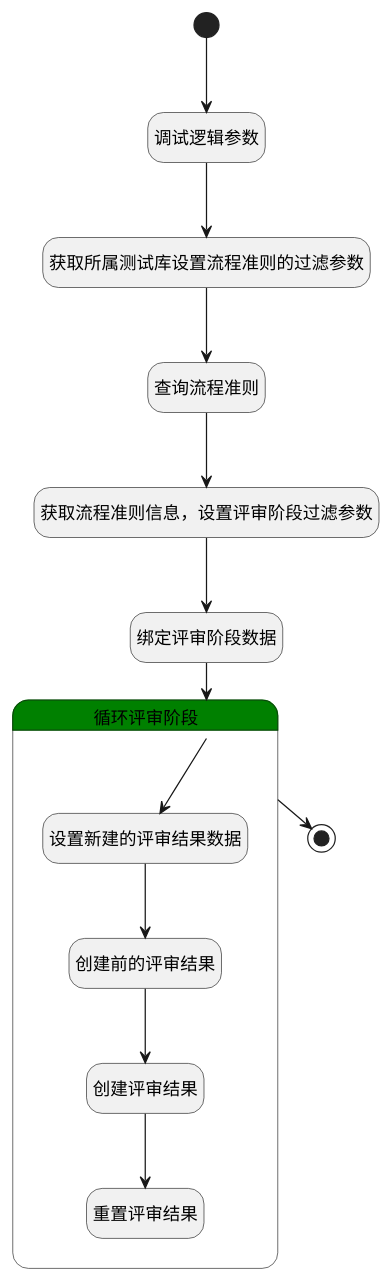
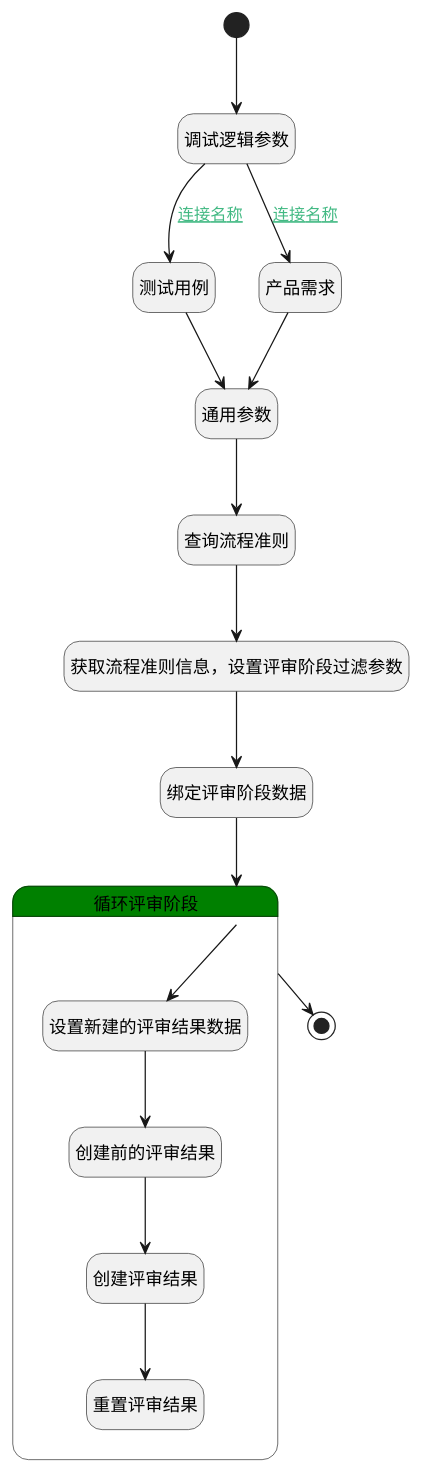
Before and after one commit to iBizLab/plm: the diagram in doc/docsify/module/TestMgmt/review_content/logic/generate_review_results.md, drawn with PlantUML. The commit also changed other lines of this file and 799 other files, not shown here.

````diff
--- a/doc/docsify/module/TestMgmt/review_content/logic/generate_review_results.md
+++ b/doc/docsify/module/TestMgmt/review_content/logic/generate_review_results.md
@@ -7,40 +7,45 @@
 ```plantuml
 @startuml
 hide empty description
 <style>
 root {
   HyperlinkColor #42b983
 }
 </style>
 
 hide empty description
 state "开始" as Begin <<start>> [[$./generate_review_results#begin {"开始"}]]
+state "测试用例" as PREPAREPARAM6  [[$./generate_review_results#prepareparam6 {"测试用例"}]]
 state "结束" as END1 <<end>> [[$./generate_review_results#end1 {"结束"}]]
 state "调试逻辑参数" as DEBUGPARAM2  [[$./generate_review_results#debugparam2 {"调试逻辑参数"}]]
-state "获取所属测试库设置流程准则的过滤参数" as PREPAREPARAM1  [[$./generate_review_results#prepareparam1 {"获取所属测试库设置流程准则的过滤参数"}]]
+state "通用参数" as PREPAREPARAM1  [[$./generate_review_results#prepareparam1 {"通用参数"}]]
 state "查询流程准则" as DEDATASET1  [[$./generate_review_results#dedataset1 {"查询流程准则"}]]
 state "获取流程准则信息，设置评审阶段过滤参数" as PREPAREPARAM2  [[$./generate_review_results#prepareparam2 {"获取流程准则信息，设置评审阶段过滤参数"}]]
 state "绑定评审阶段数据" as PREPAREPARAM4  [[$./generate_review_results#prepareparam4 {"绑定评审阶段数据"}]]
+state "产品需求" as PREPAREPARAM5  [[$./generate_review_results#prepareparam5 {"产品需求"}]]
 state "循环评审阶段" as LOOPSUBCALL1  [[$./generate_review_results#loopsubcall1 {"循环评审阶段"}]] #green {
 state "设置新建的评审结果数据" as PREPAREPARAM3  [[$./generate_review_results#prepareparam3 {"设置新建的评审结果数据"}]]
 state "创建前的评审结果" as DEBUGPARAM3  [[$./generate_review_results#debugparam3 {"创建前的评审结果"}]]
 state "创建评审结果" as DEACTION1  [[$./generate_review_results#deaction1 {"创建评审结果"}]]
 state "重置评审结果" as RENEWPARAM1  [[$./generate_review_results#renewparam1 {"重置评审结果"}]]
 }
 
 
 Begin --> DEBUGPARAM2
-DEBUGPARAM2 --> PREPAREPARAM1
+DEBUGPARAM2 --> PREPAREPARAM6 : [[$./generate_review_results#debugparam2-prepareparam6{连接名称} 连接名称]]
+PREPAREPARAM6 --> PREPAREPARAM1
 PREPAREPARAM1 --> DEDATASET1
 DEDATASET1 --> PREPAREPARAM2
 PREPAREPARAM2 --> PREPAREPARAM4
 PREPAREPARAM4 --> LOOPSUBCALL1
 LOOPSUBCALL1 --> PREPAREPARAM3
 PREPAREPARAM3 --> DEBUGPARAM3
 DEBUGPARAM3 --> DEACTION1
 DEACTION1 --> RENEWPARAM1
 LOOPSUBCALL1 --> END1
+DEBUGPARAM2 --> PREPAREPARAM5 : [[$./generate_review_results#debugparam2-prepareparam5{连接名称} 连接名称]]
+PREPAREPARAM5 --> PREPAREPARAM1
 
 
 @enduml
 ```
````
